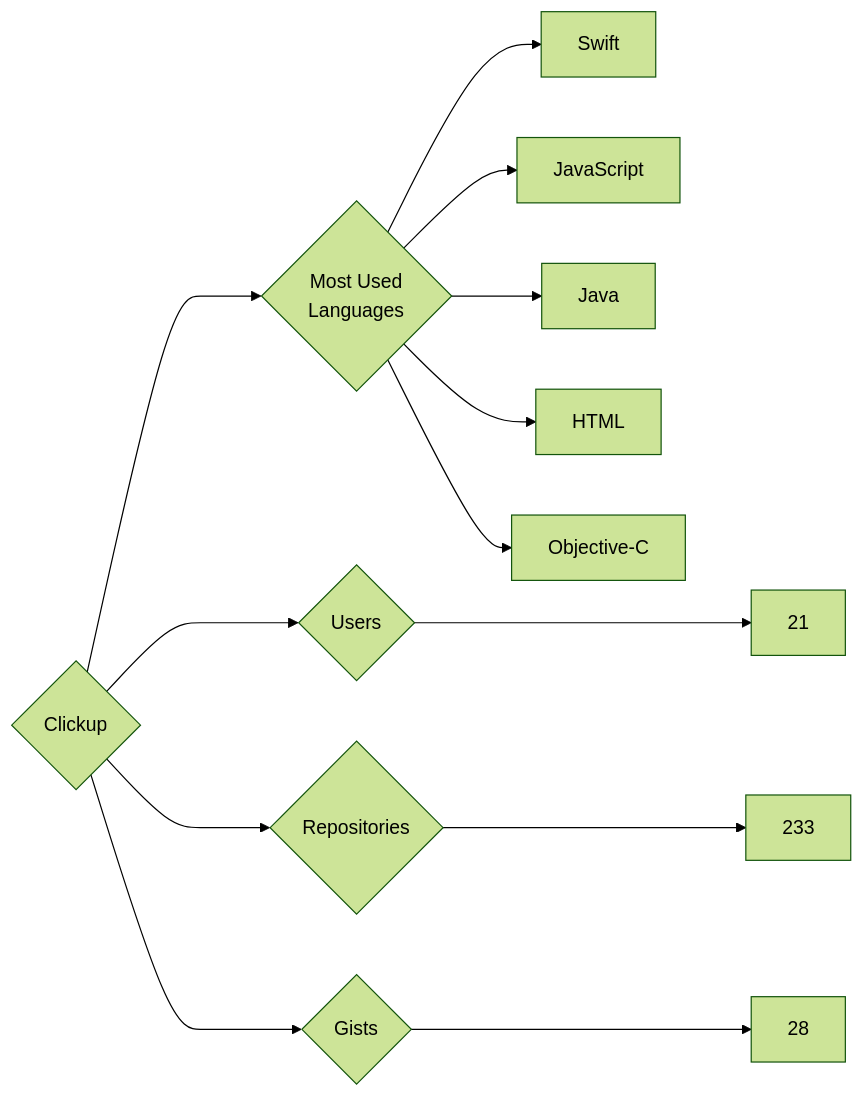
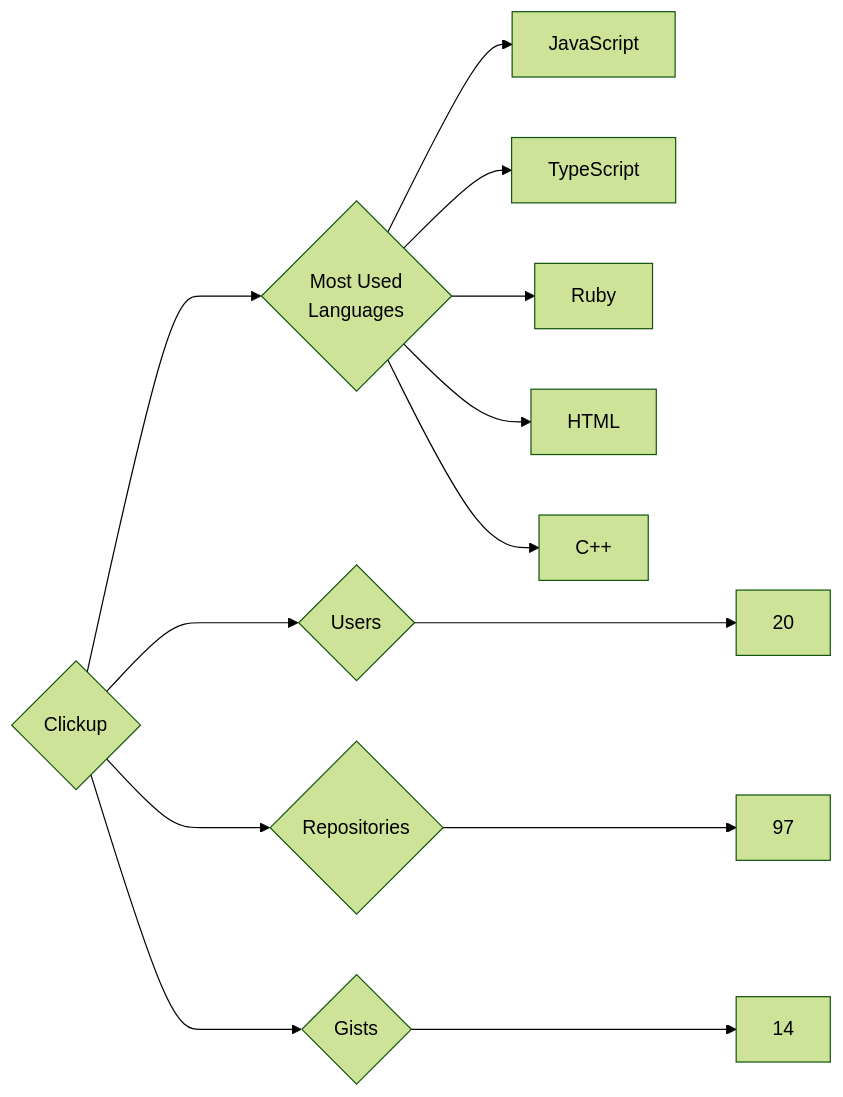
Before and after one commit to trickest/insiders: the diagram in targets/Clickup/README.md, drawn with Mermaid (forest theme). The commit also changed 569 other files, not shown here.

````diff
--- a/targets/Clickup/README.md
+++ b/targets/Clickup/README.md
@@ -3,13 +3,13 @@
 ```mermaid
 graph LR
 COMPANY_NAME{Clickup}
-COMPANY_NAME ---> U{Users} ---> UN[21]
-COMPANY_NAME ---> R{Repositories} ---> RN[233]
-COMPANY_NAME ---> G{Gists} ---> GN[28]
+COMPANY_NAME ---> U{Users} ---> UN[20]
+COMPANY_NAME ---> R{Repositories} ---> RN[97]
+COMPANY_NAME ---> G{Gists} ---> GN[14]
 COMPANY_NAME ---> ML{Most Used<br>Languages}
-ML --> Swift[Swift]
 ML --> JavaScript[JavaScript]
-ML --> Java[Java]
+ML --> TypeScript[TypeScript]
+ML --> Ruby[Ruby]
 ML --> HTML[HTML]
-ML --> Objective-C[Objective-C]
+ML --> C++[C++]
 ```
````
